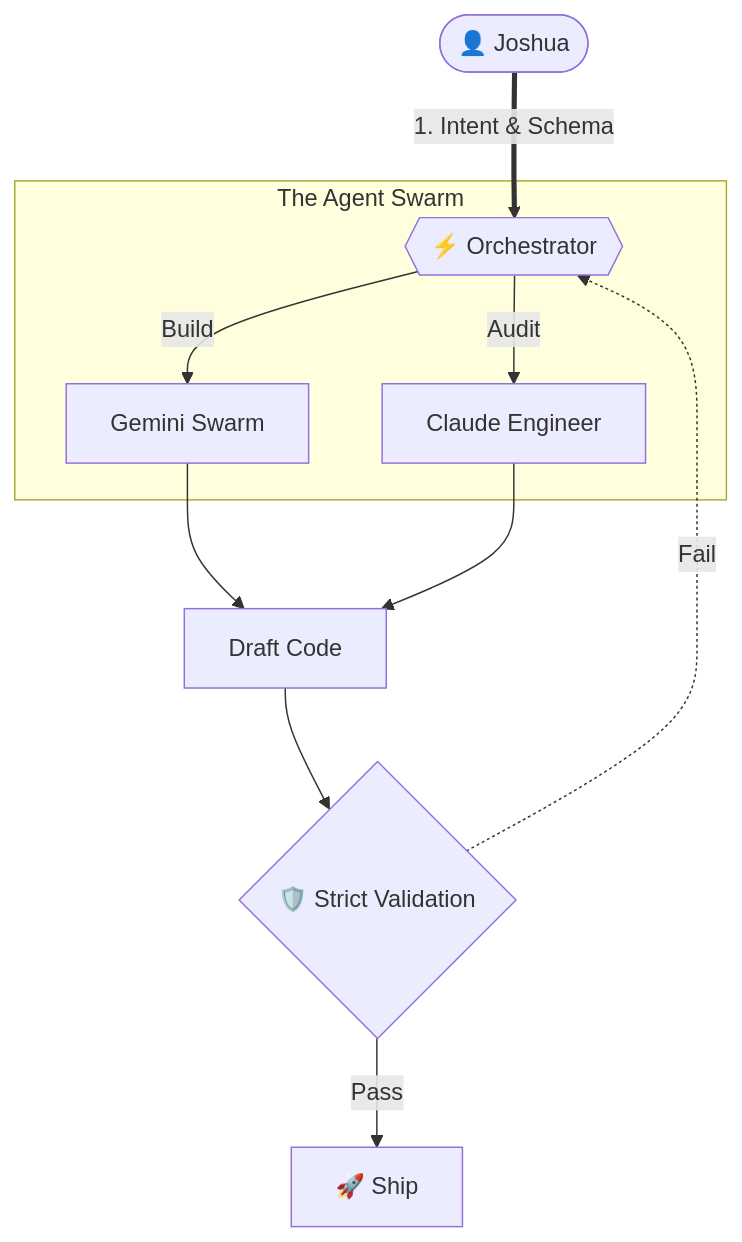
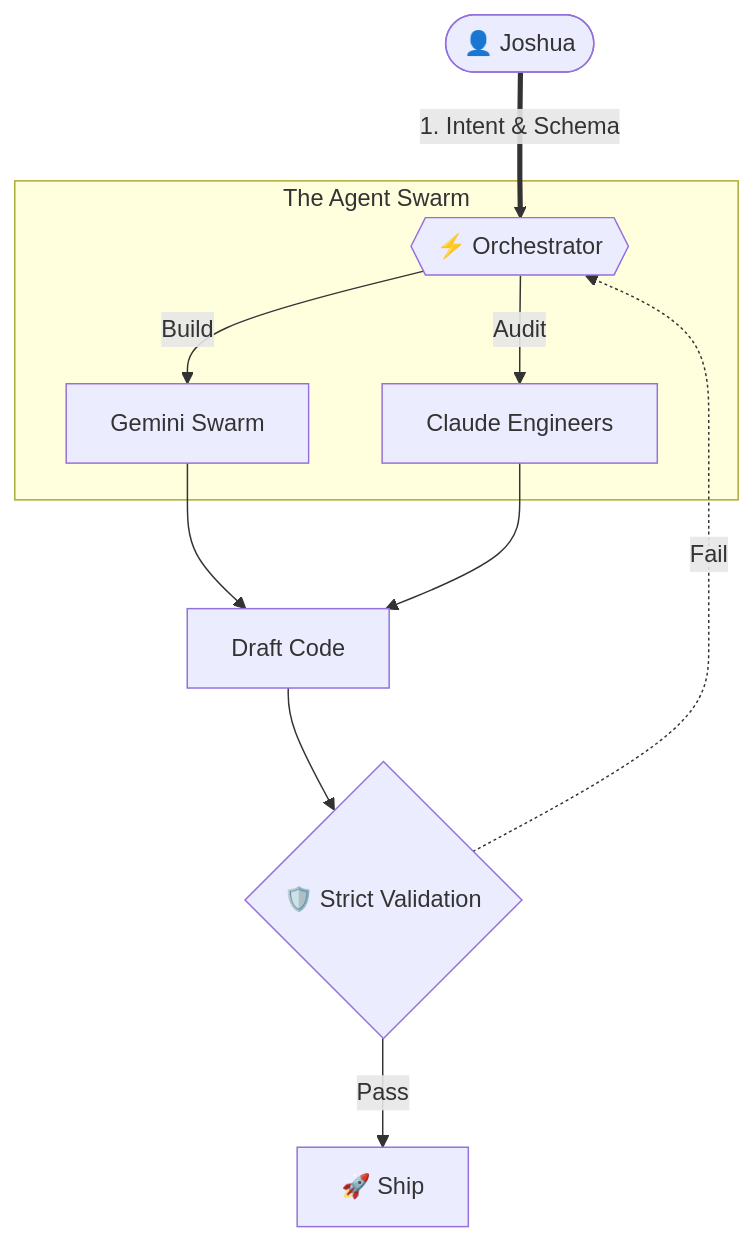
Before and after one commit to shifujosh/shifujosh: the diagram in README.md, drawn with Mermaid.

Commit message:
Fix typo in Claude's role description

````diff
--- a/README.md
+++ b/README.md
@@ -33,15 +33,15 @@
 ```mermaid
 graph TD
     Human([👤 Joshua]) ==>|1. Intent & Schema| Orchestrator{{"⚡ Orchestrator"}}
     
     subgraph Agents ["The Agent Swarm"]
         Orchestrator -->|Build| Gemini[Gemini Swarm]
-        Orchestrator -->|Audit| Claude[Claude Engineer]
+        Orchestrator -->|Audit| Claude[Claude Engineers]
     end
     
     Gemini & Claude --> Draft[Draft Code]
     Draft --> Validation{"🛡️ Strict Validation"}
     
     Validation -->|Pass| Production[🚀 Ship]
     Validation -.->|Fail| Orchestrator
 ```
````
